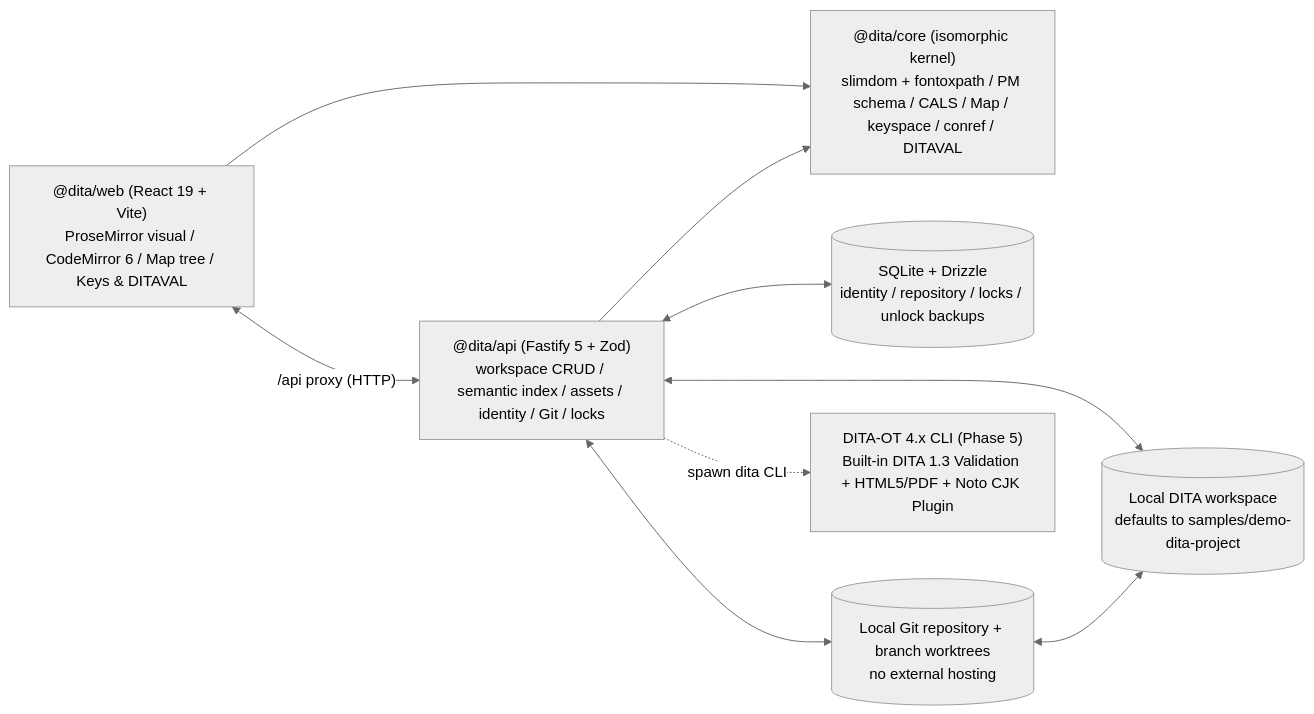
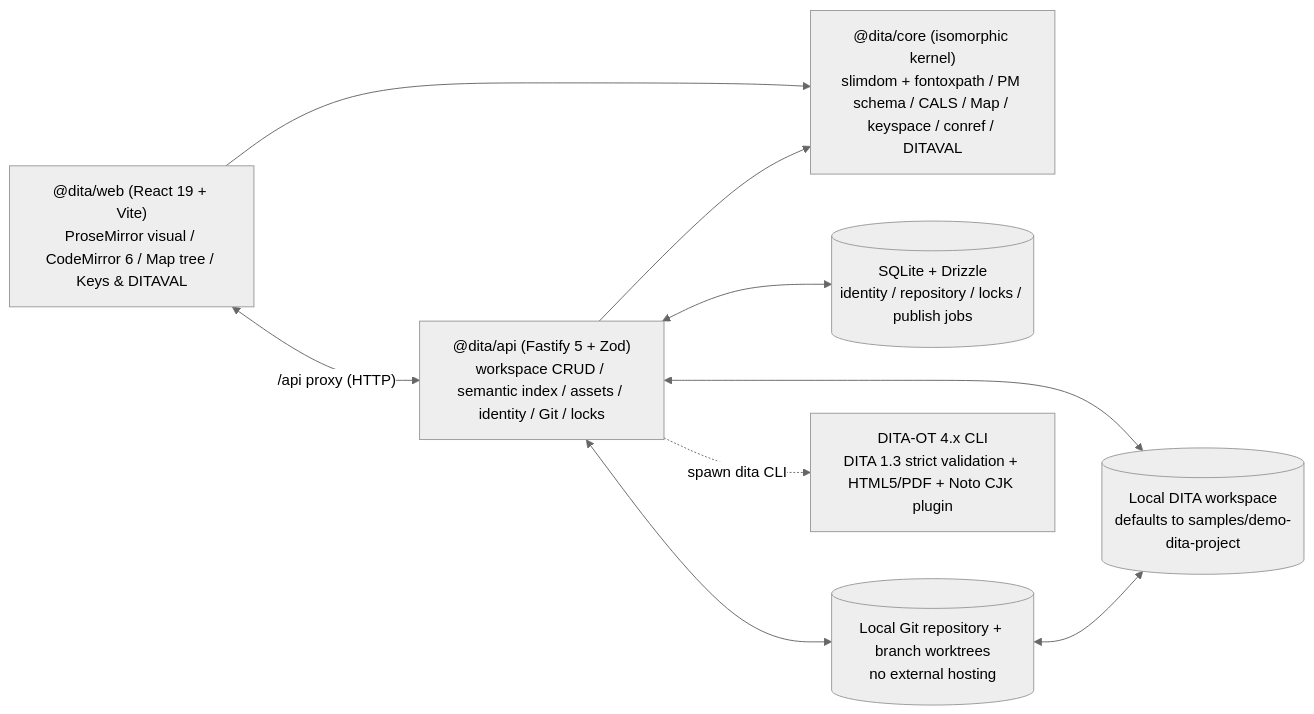
One commit to Ericfeng84/DITAEditor changed the diagram in README.en.md. Above: the diagram before and after it, drawn with Mermaid (neutral theme). The commit also changed other lines of this file and 57 other files, not shown here.

First line of the commit message:
feat(phase5): add DITA-OT validation, async publishing, and CJK PDF

````diff
--- a/README.en.md
+++ b/README.en.md
@@ -104,19 +121,19 @@
 ```mermaid
 flowchart LR
     Web["@dita/web (React 19 + Vite)<br/>ProseMirror visual / CodeMirror 6 / Map tree / Keys & DITAVAL"]
     API["@dita/api (Fastify 5 + Zod)<br/>workspace CRUD / semantic index / assets / identity / Git / locks"]
     Core["@dita/core (isomorphic kernel)<br/>slimdom + fontoxpath / PM schema / CALS / Map / keyspace / conref / DITAVAL"]
     FS[("Local DITA workspace<br/>defaults to samples/demo-dita-project")]
-    DB[("SQLite + Drizzle<br/>identity / repository / locks / unlock backups")]
+    DB[("SQLite + Drizzle<br/>identity / repository / locks / publish jobs")]
     GIT[("Local Git repository + branch worktrees<br/>no external hosting")]
-    CLI["DITA-OT 4.x CLI (Phase 5)<br/>Built-in DITA 1.3 Validation + HTML5/PDF + Noto CJK Plugin"]
+    CLI["DITA-OT 4.x CLI<br/>DITA 1.3 strict validation + HTML5/PDF + Noto CJK plugin"]
 
     Web <-->|"/api proxy (HTTP)"| API
     Web --> Core
     API --> Core
     API <--> FS
     API <--> DB
     API <--> GIT
     GIT <--> FS
     API -.->|"spawn dita CLI"| CLI
 ```
````
